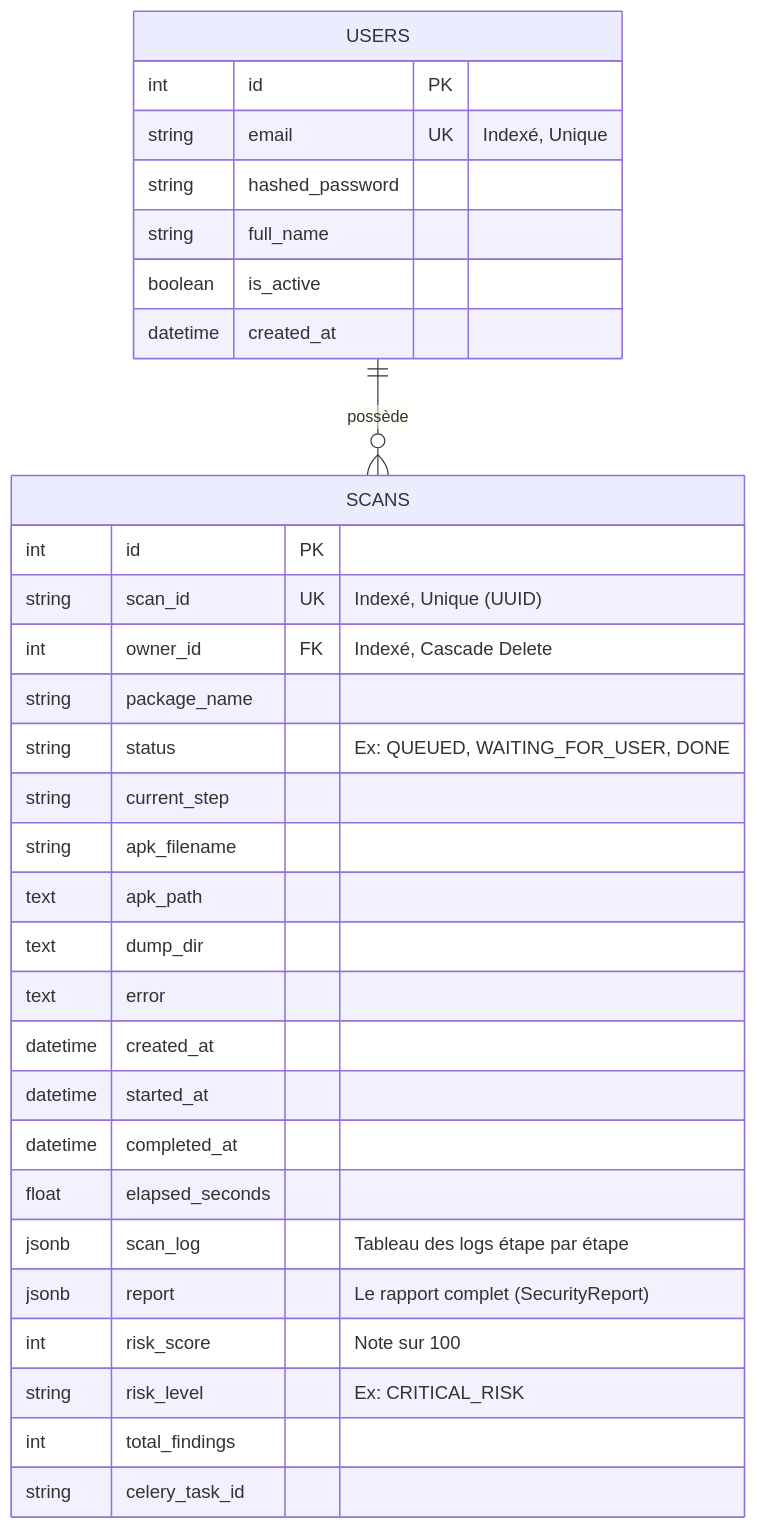
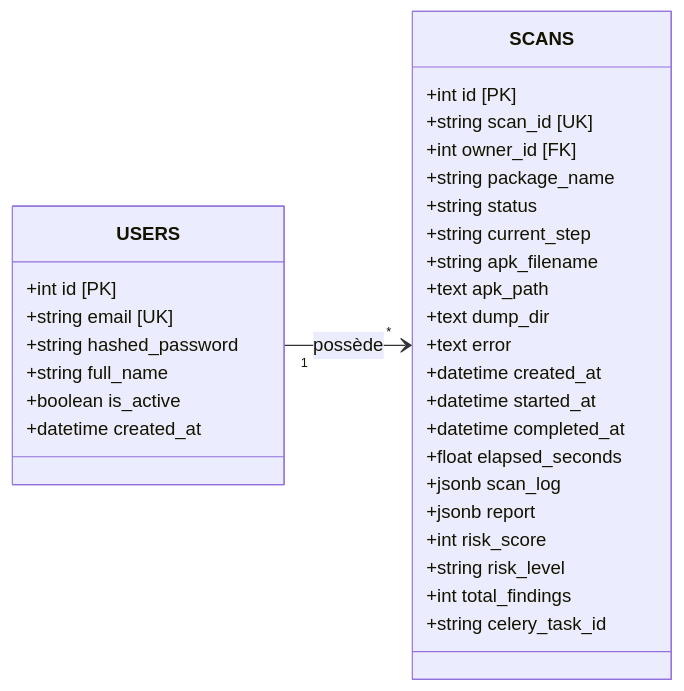
One commit to LahsenAitOiahmane/vaultdex.web changed the second of 2 diagrams in README.md. Above: the diagram before and after it, drawn with Mermaid.

Commit message:
update graph

````diff
--- a/README.md
+++ b/README.md
@@ -193,36 +193,38 @@
 ```mermaid
-erDiagram
-    USERS ||--o{ SCANS : "possède"
+classDiagram
+    direction LR
     
-    USERS {
-        int id PK
-        string email UK "Indexé, Unique"
-        string hashed_password
-        string full_name
-        boolean is_active
-        datetime created_at
+    class USERS {
+        +int id [PK]
+        +string email [UK]
+        +string hashed_password
+        +string full_name
+        +boolean is_active
+        +datetime created_at
     }
     
-    SCANS {
-        int id PK
-        string scan_id UK "Indexé, Unique (UUID)"
-        int owner_id FK "Indexé, Cascade Delete"
-        string package_name
-        string status "Ex: QUEUED, WAITING_FOR_USER, DONE"
-        string current_step
-        string apk_filename
-        text apk_path
-        text dump_dir
-        text error
-        datetime created_at
-        datetime started_at
-        datetime completed_at
-        float elapsed_seconds
-        jsonb scan_log "Tableau des logs étape par étape"
-        jsonb report "Le rapport complet (SecurityReport)"
-        int risk_score "Note sur 100"
-        string risk_level "Ex: CRITICAL_RISK"
-        int total_findings
-        string celery_task_id
+    class SCANS {
+        +int id [PK]
+        +string scan_id [UK]
+        +int owner_id [FK]
+        +string package_name
+        +string status
+        +string current_step
+        +string apk_filename
+        +text apk_path
+        +text dump_dir
+        +text error
+        +datetime created_at
+        +datetime started_at
+        +datetime completed_at
+        +float elapsed_seconds
+        +jsonb scan_log
+        +jsonb report
+        +int risk_score
+        +string risk_level
+        +int total_findings
+        +string celery_task_id
     }
+    
+    USERS "1" --> "*" SCANS : possède
 ```
````
